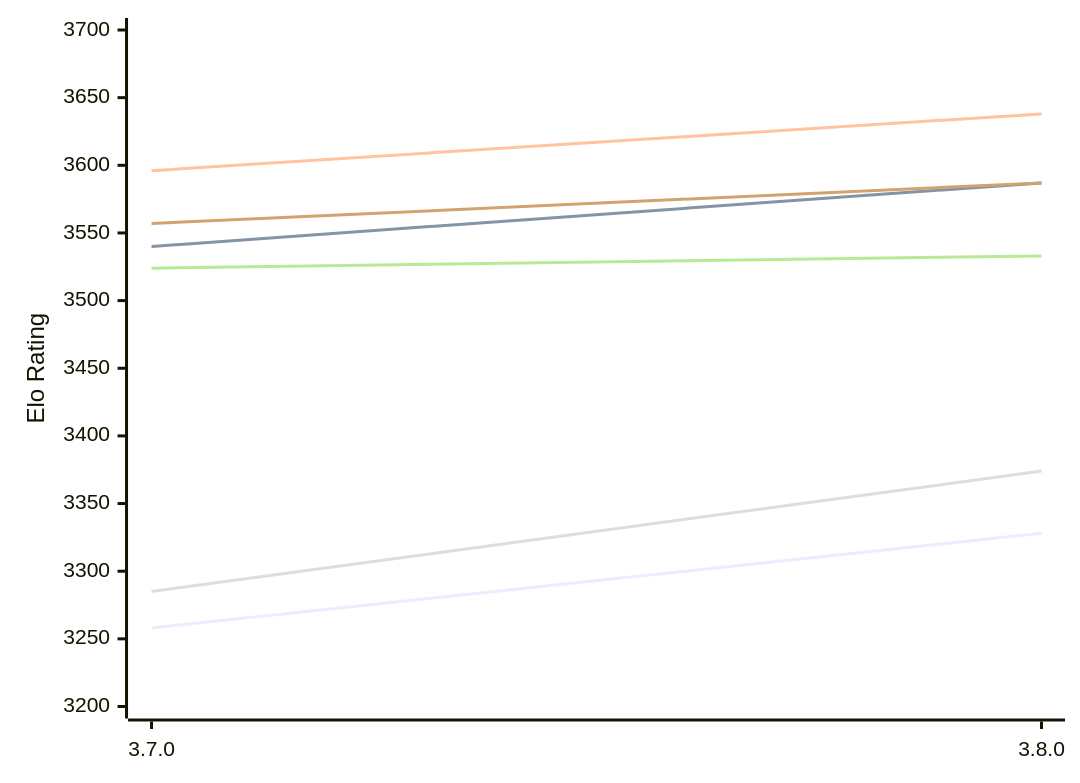
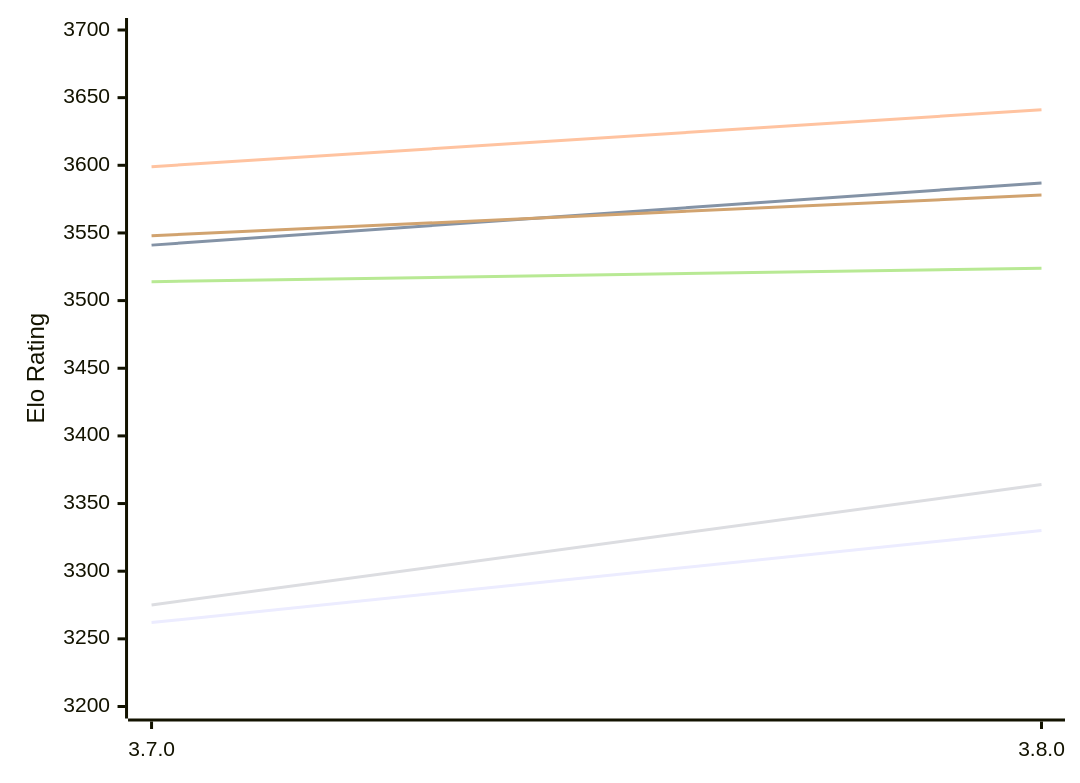
Before and after one commit to computer-chess-index/cci: the first of 2 diagrams in engines/Igel.md, drawn with Mermaid. The commit also changed other lines of this file, not shown here.

Commit message:
Update CCI Ratings (ELO VLTC) - 2026-11-15

````diff
--- a/engines/Igel.md
+++ b/engines/Igel.md
@@ -51,12 +51,12 @@
 ```mermaid
 %%{init: {"theme":"base","themeVariables":{"seriesColors:['#a3a3a3','#222221','#faa371']}}}%%
 xychart-beta
   x-axis ["3.7.0", "3.8.0"]
   y-axis "Elo Rating" 3200 --> 3700
-  line "E1: STC (8.0+0.08s)" [3258, 3328]
-  line "E1: LTC (60.0+0.60s)" [3540, 3587]
-  line "E1: VLTC (2m24s+1.12s)" [3596, 3638]
-  line "P1: STC (8.0+0.08s)" [3285, 3374]
-  line "P1: LTC (60.0+0.60s)" [3524, 3533]
-  line "P1: VLTC (2m24s+1.12s)" [3557, 3587]
+  line "E1: STC (8.0+0.08s)" [3262, 3330]
+  line "E1: LTC (60.0+0.60s)" [3541, 3587]
+  line "E1: VLTC (2m24s+1.12s)" [3599, 3641]
+  line "P1: STC (8.0+0.08s)" [3275, 3364]
+  line "P1: LTC (60.0+0.60s)" [3514, 3524]
+  line "P1: VLTC (2m24s+1.12s)" [3548, 3578]
 ```
````
